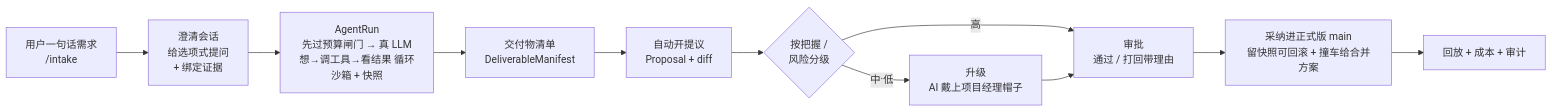
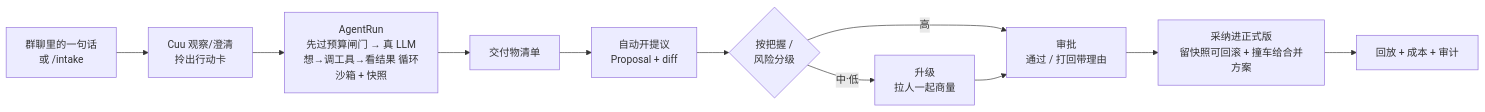
One commit to mycyg/WorkHub changed the diagram in README.md. Above: the diagram before and after it, drawn with Mermaid. The commit also changed other lines of this file and 1 other file, not shown here.

````diff
--- a/README.md
+++ b/README.md
@@ -59,13 +73,13 @@
 ```mermaid
 flowchart LR
-  A["用户一句话需求<br/>/intake"] --> B["澄清会话<br/>给选项式提问<br/>+ 绑定证据"]
+  A["群聊里的一句话<br/>或 /intake"] --> B["Cuu 观察/澄清<br/>拎出行动卡"]
   B --> C["AgentRun<br/>先过预算闸门 → 真 LLM<br/>想→调工具→看结果 循环<br/>沙箱 + 快照"]
-  C --> D["交付物清单<br/>DeliverableManifest"]
+  C --> D["交付物清单"]
   D --> E["自动开提议<br/>Proposal + diff"]
   E --> F{"按把握 /<br/>风险分级"}
   F -->|高| G["审批<br/>通过 / 打回带理由"]
-  F -->|中·低| H["升级<br/>AI 戴上项目经理帽子"]
+  F -->|中·低| H["升级<br/>拉人一起商量"]
   H --> G
-  G --> I["采纳进正式版 main<br/>留快照可回滚 + 撞车给合并方案"]
+  G --> I["采纳进正式版<br/>留快照可回滚 + 撞车给合并方案"]
   I --> J["回放 + 成本 + 审计"]
 ```
````
